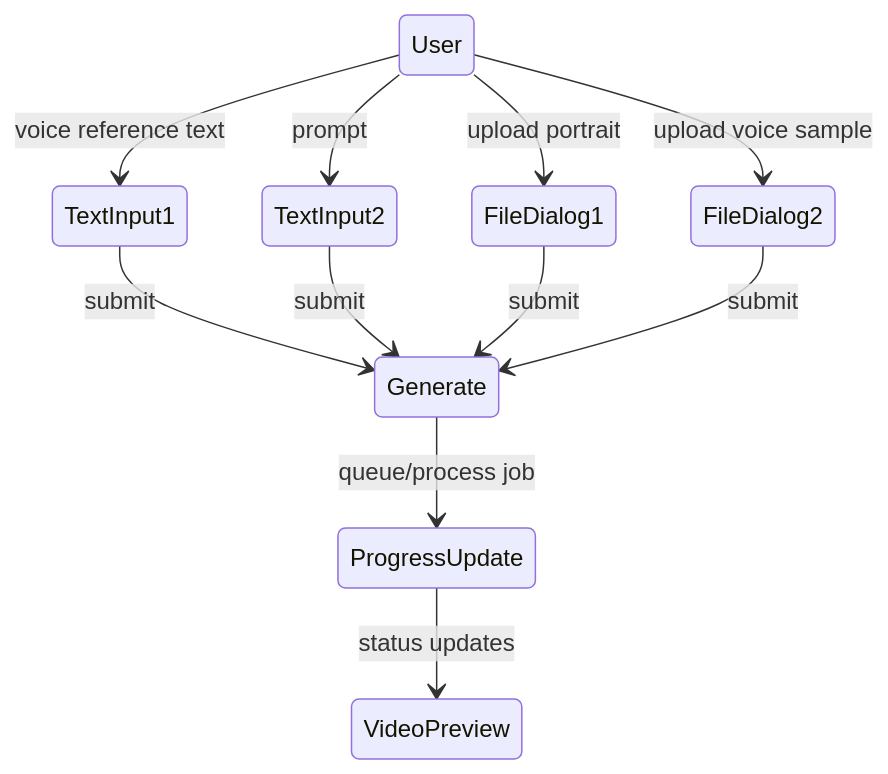
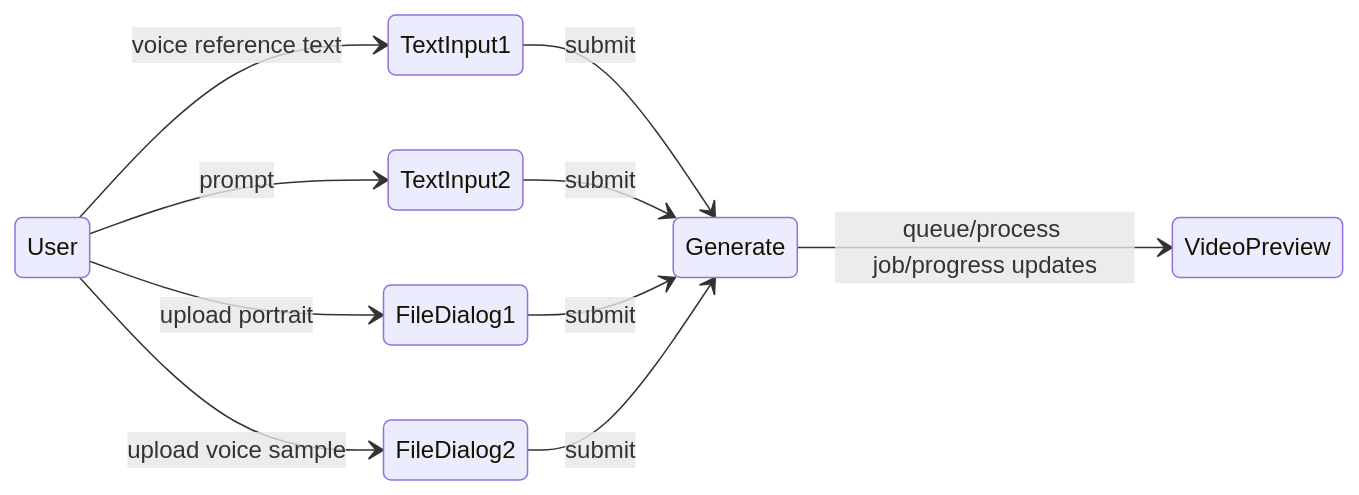
One commit to ktzevani/myspinbot changed the seventh of 7 diagrams in docs/02_architecture_overview.md. Above: the diagram before and after it, drawn with Mermaid. The commit also changed other lines of this file and 2 other files, not shown here.

````diff
--- a/docs/02_architecture_overview.md
+++ b/docs/02_architecture_overview.md
@@ -322,13 +339,14 @@
 ```mermaid
 stateDiagram-v2
+    direction LR
     User --> FileDialog1 : upload portrait
     User --> FileDialog2 : upload voice sample
     User --> TextInput1 : voice reference text
     User --> TextInput2 : prompt 
     TextInput1 --> Generate : submit 
     TextInput2 --> Generate : submit 
     FileDialog1 --> Generate : submit 
     FileDialog2 --> Generate : submit 
-    Generate --> ProgressUpdate : queue/process job
-    ProgressUpdate --> VideoPreview : status updates
+    Generate --> VideoPreview : queue/process job/progress updates
+    
 ```
````
